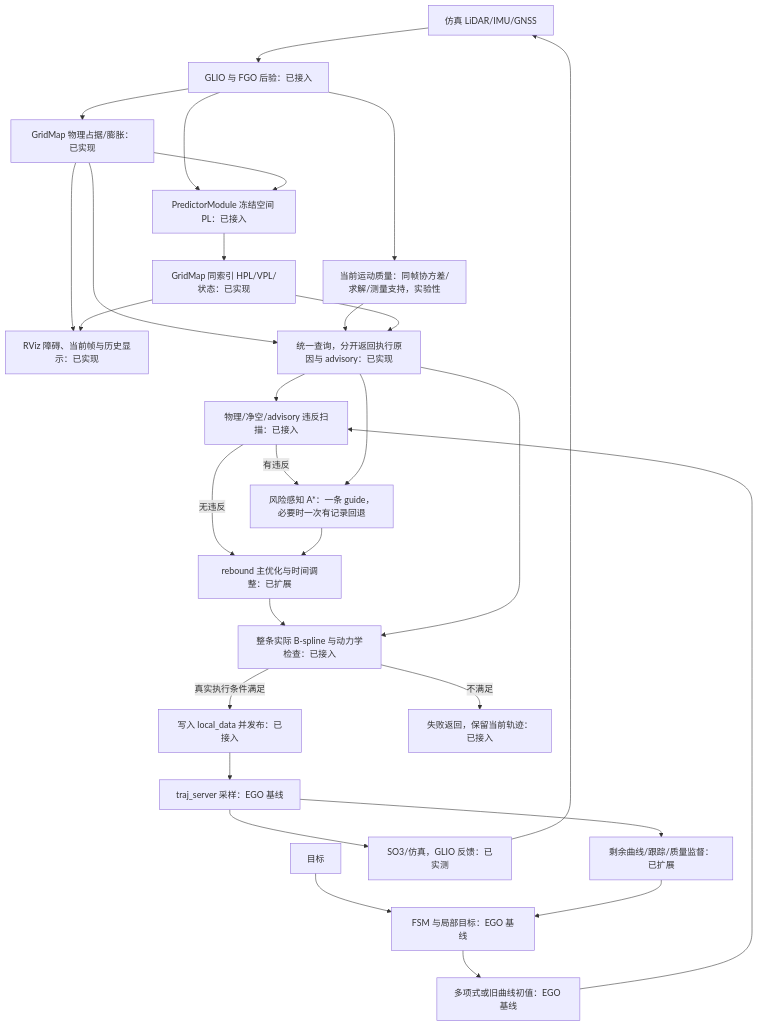
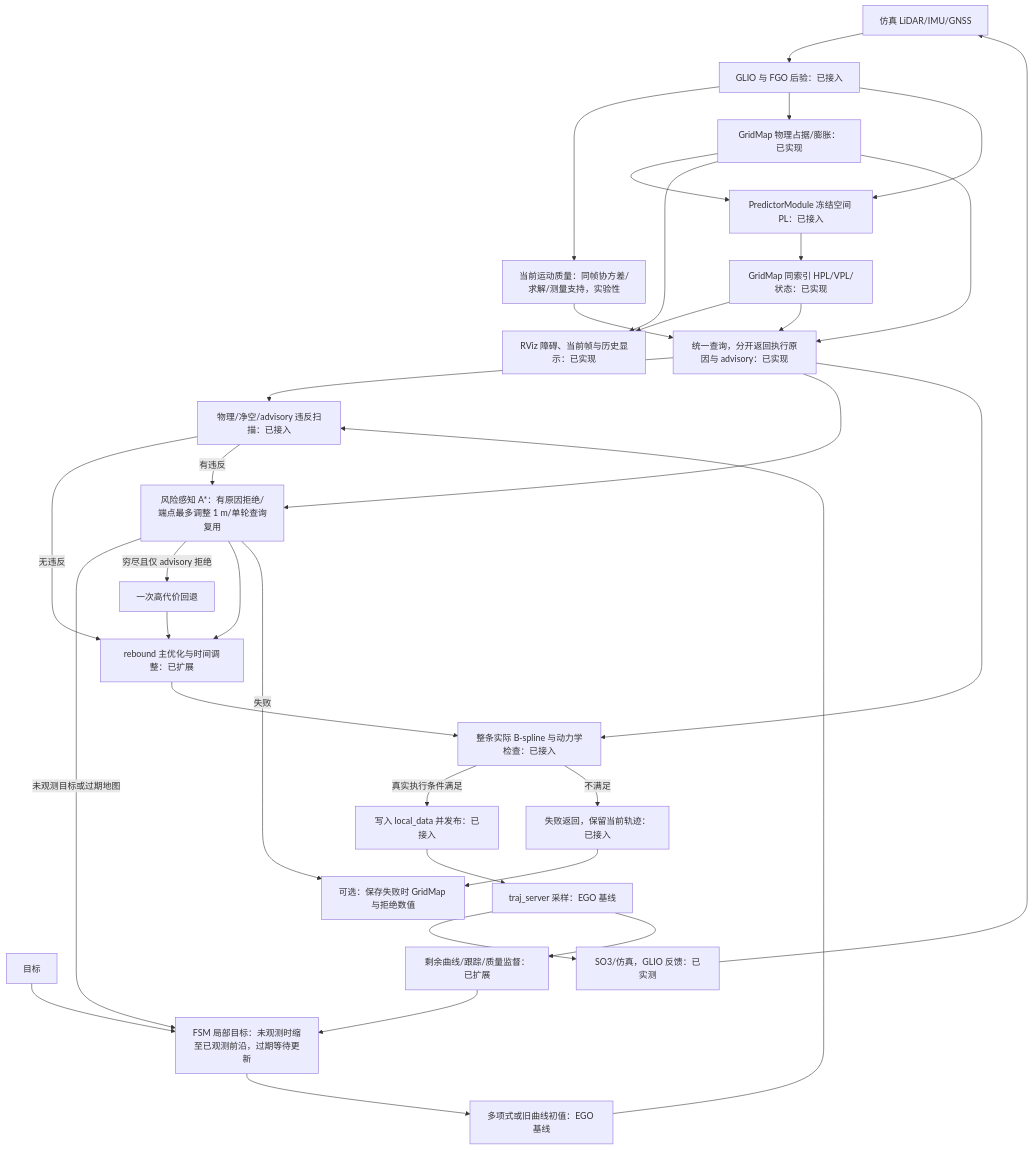
The second of 3 diagrams in docs/spec/ego_based_planning_flow.md (Printeger/iap), drawn with Mermaid before and after one commit. The commit also changed other lines of this file and 23 other files, not shown here.

Commit message:
Diagnose planner stalls with bounded search and failure map snapshots

````diff
--- a/docs/spec/ego_based_planning_flow.md
+++ b/docs/spec/ego_based_planning_flow.md
@@ -58,31 +58,36 @@
 ```mermaid
 flowchart TD
     Sensors[仿真 LiDAR/IMU/GNSS] --> GLIO[GLIO 与 FGO 后验：已接入]
     GLIO --> Current[当前运动质量：同帧协方差/求解/测量支持，实验性]
     GLIO --> Map[GridMap 物理占据/膨胀：已实现]
     GLIO --> Advisory[PredictorModule 冻结空间 PL：已接入]
     Map --> Advisory
     Advisory --> Risk[GridMap 同索引 HPL/VPL/状态：已实现]
     Map --> Viz[RViz 障碍、当前帧与历史显示：已实现]
     Risk --> Viz
-    Goal[目标] --> FSM[FSM 与局部目标：EGO 基线]
+    Goal[目标] --> FSM[FSM 局部目标：未观测时缩至已观测前沿，过期等待更新]
     FSM --> Init[多项式或旧曲线初值：EGO 基线]
     Init --> Scan[物理/净空/advisory 违反扫描：已接入]
     Map --> Query[统一查询，分开返回执行原因与 advisory：已实现]
     Current --> Query
     Risk --> Query
     Query --> Scan
     Scan -->|无违反| Opt[rebound 主优化与时间调整：已扩展]
-    Scan -->|有违反| Search[风险感知 A*：一条 guide，必要时一次有记录回退]
+    Scan -->|有违反| Search[风险感知 A*：有原因拒绝/端点最多调整 1 m/单轮查询复用]
     Query --> Search
+    Search -->|未观测目标或过期地图| FSM
+    Search -->|穷尽且仅 advisory 拒绝| SearchFallback[一次高代价回退]
+    SearchFallback --> Opt
     Search --> Opt
     Opt --> Final[整条实际 B-spline 与动力学检查：已接入]
     Query --> Final
     Final -->|真实执行条件满足| Commit[写入 local_data 并发布：已接入]
     Final -->|不满足| Keep[失败返回，保留当前轨迹：已接入]
+    Keep --> Evidence[可选：保存失败时 GridMap 与拒绝数值]
+    Search -->|失败| Evidence
     Commit --> Server[traj_server 采样：EGO 基线]
     Server --> Control[SO3/仿真，GLIO 反馈：已实测]
     Control --> Sensors
     Server --> Monitor[剩余曲线/跟踪/质量监督：已扩展]
     Monitor --> FSM
 ```
````
